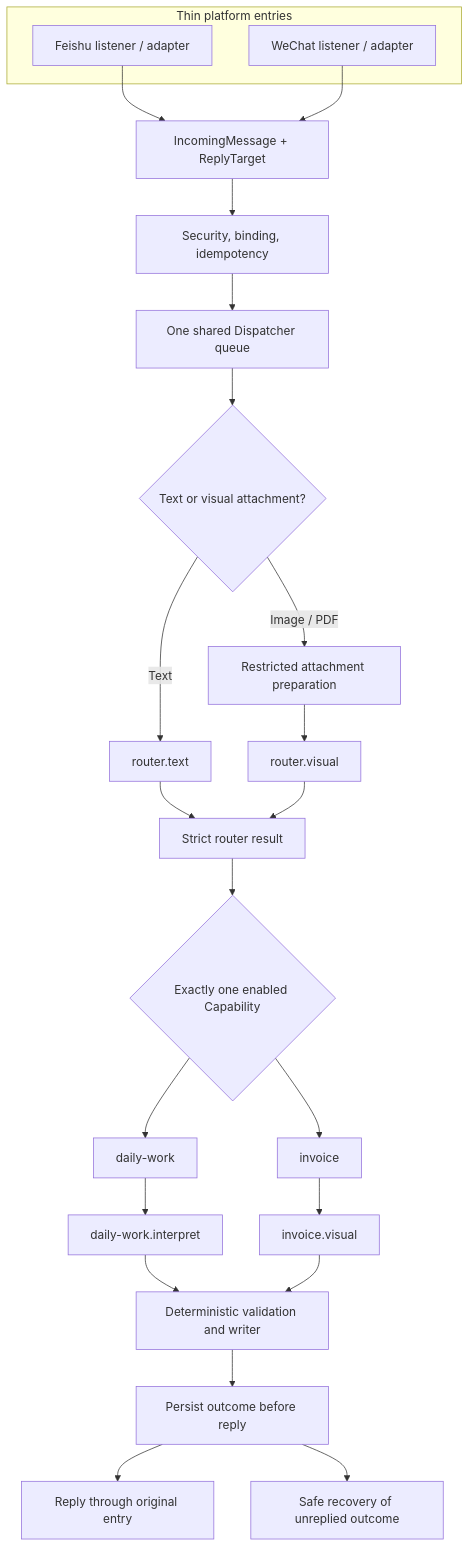
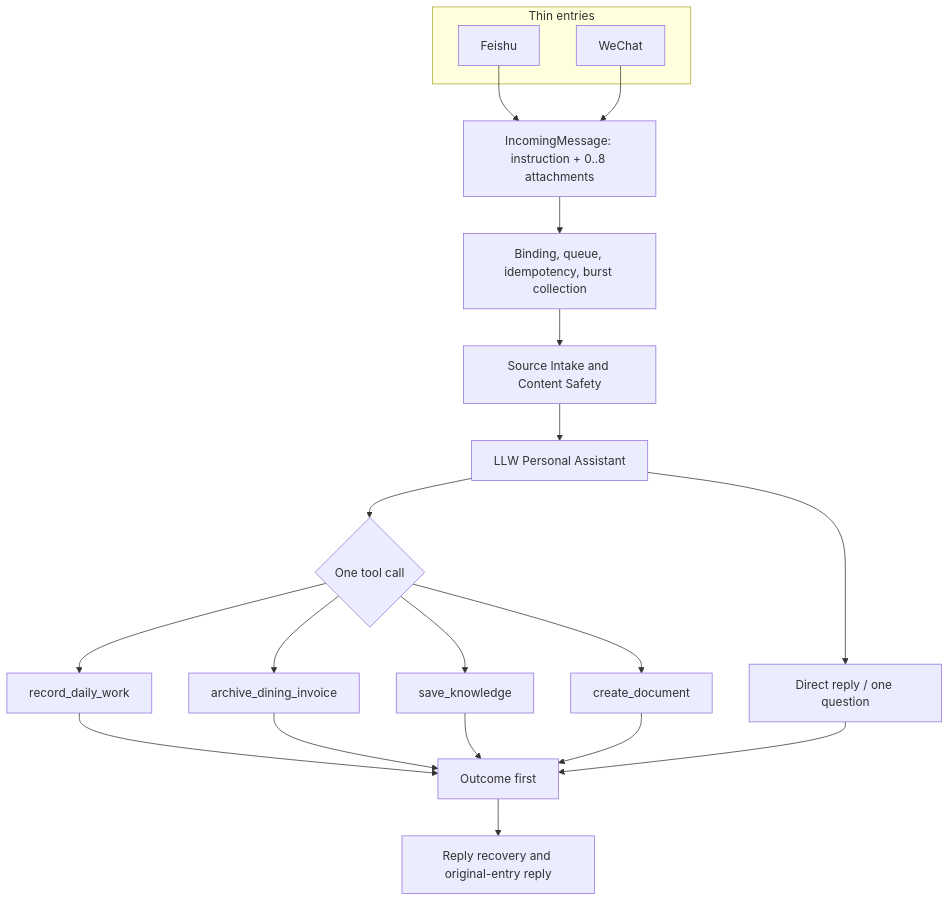
Before and after one commit to ccrt26/llw-feishu-daily-work: the diagram in docs/PROJECT_OVERVIEW.md, drawn with Mermaid. The commit also changed other lines of this file and 1 other file, not shown here.

Commit message:
docs: describe the V4.0.1 production architecture

````diff
--- a/docs/PROJECT_OVERVIEW.md
+++ b/docs/PROJECT_OVERVIEW.md
@@ -29,28 +35,24 @@
 ```mermaid
 flowchart TD
-  subgraph Entry["Thin platform entries"]
-    F["Feishu listener / adapter"]
-    W["WeChat listener / adapter"]
+  subgraph Entry["Thin entries"]
+    F["Feishu"]
+    W["WeChat"]
   end
-
-  F --> I["IncomingMessage + ReplyTarget"]
+  F --> I["IncomingMessage: instruction + 0..8 attachments"]
   W --> I
-  I --> G["Security, binding, idempotency"]
-  G --> D["One shared Dispatcher queue"]
-  D --> M{"Text or visual attachment?"}
-  M -->|Text| RT["router.text"]
-  M -->|Image / PDF| P["Restricted attachment preparation"]
-  P --> RV["router.visual"]
-  RT --> R["Strict router result"]
-  RV --> R
-  R --> C{"Exactly one enabled Capability"}
-  C --> DW["daily-work"]
-  C --> IV["invoice"]
-  DW --> DI["daily-work.interpret"]
-  IV --> IX["invoice.visual"]
-  DI --> NR["Deterministic validation and writer"]
-  IX --> NR
-  NR --> O["Persist outcome before reply"]
-  O --> RF["Reply through original entry"]
-  O --> RW["Safe recovery of unreplied outcome"]
+  I --> B["Binding, queue, idempotency, burst collection"]
+  B --> S["Source Intake and Content Safety"]
+  S --> A["LLW Personal Assistant"]
+  A --> R["Direct reply / one question"]
+  A --> T{"One tool call"}
+  T --> DW["record_daily_work"]
+  T --> IV["archive_dining_invoice"]
+  T --> K["save_knowledge"]
+  T --> D["create_document"]
+  DW --> O["Outcome first"]
+  IV --> O
+  K --> O
+  D --> O
+  R --> O
+  O --> P["Reply recovery and original-entry reply"]
 ```
````
